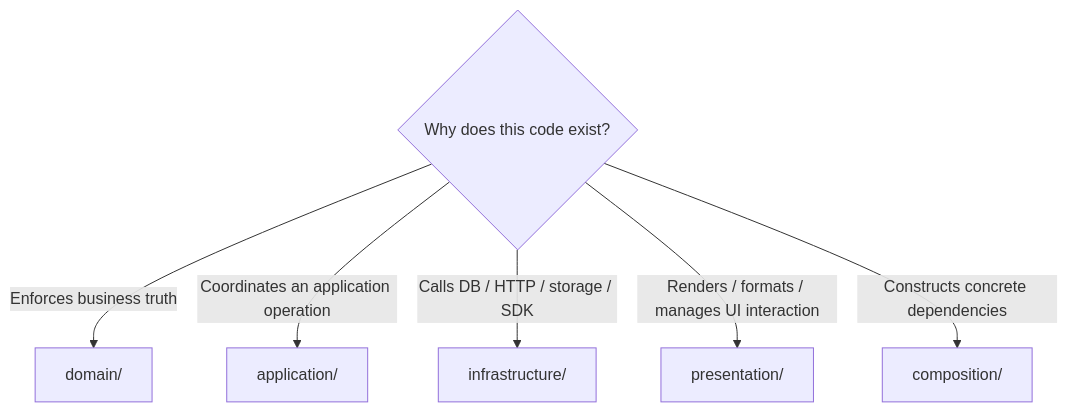
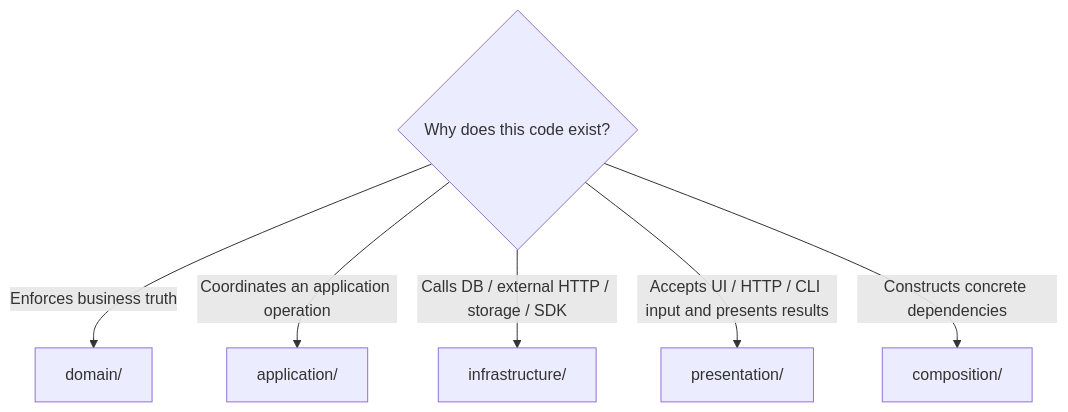
Before and after one commit to AndresTaoFlorez/software-architecture: the fourth of 6 diagrams in clean-architecture/README.md, drawn with Mermaid. The commit also changed other lines of this file and 20 other files, not shown here.

````diff
--- a/clean-architecture/README.md
+++ b/clean-architecture/README.md
@@ -161,9 +161,9 @@
 ```mermaid
 flowchart TD
     START{"Why does this code exist?"}
     START -->|"Enforces business truth"| D["domain/"]
     START -->|"Coordinates an application operation"| A["application/"]
-    START -->|"Calls DB / HTTP / storage / SDK"| I["infrastructure/"]
-    START -->|"Renders / formats / manages UI interaction"| P["presentation/"]
+    START -->|"Calls DB / external HTTP / storage / SDK"| I["infrastructure/"]
+    START -->|"Accepts UI / HTTP / CLI input and presents results"| P["presentation/"]
     START -->|"Constructs concrete dependencies"| C["composition/"]
 ```
````
